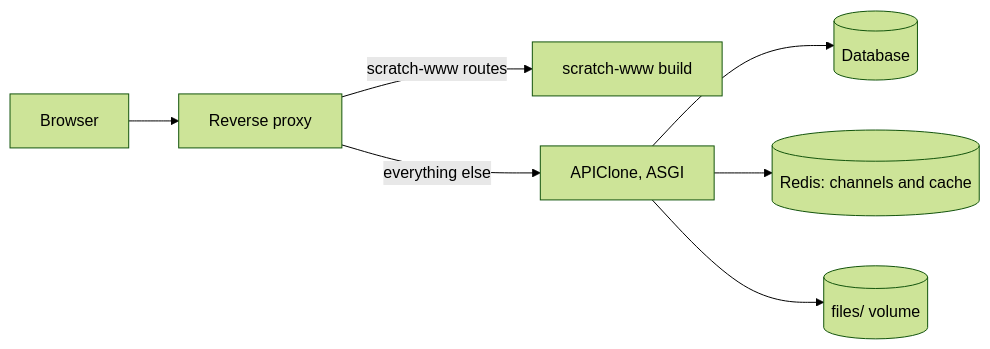
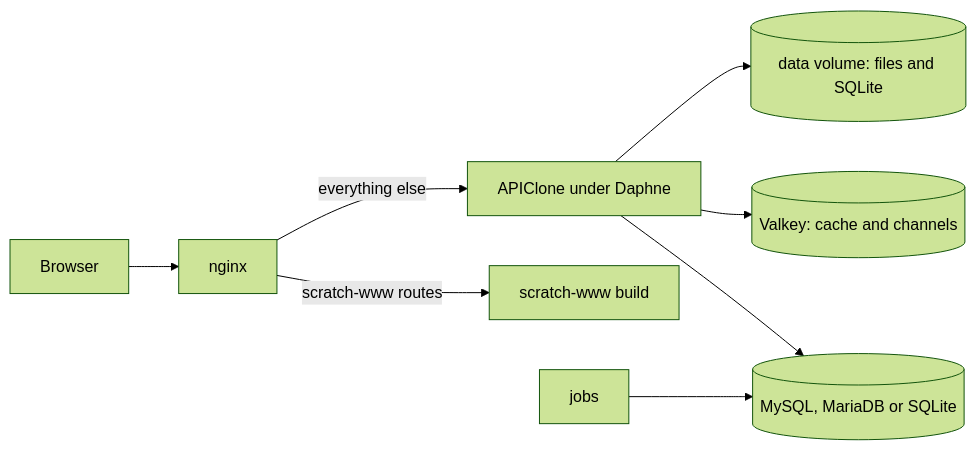
One commit to AstroBlocksMod/apiclone-docker changed the diagram in AGENTS.md. Above: the diagram before and after it, drawn with Mermaid (forest theme). The commit also changed other lines of this file and 33 other files, not shown here.

````diff
--- a/AGENTS.md
+++ b/AGENTS.md
@@ -12,9 +12,10 @@
 ```mermaid
 flowchart LR
-    browser[Browser] --> proxy[Reverse proxy]
+    browser[Browser] --> proxy[nginx]
     proxy -->|scratch-www routes| static[scratch-www build]
-    proxy -->|everything else| apiclone[APIClone, ASGI]
-    apiclone --> db[(Database)]
-    apiclone --> redis[(Redis: channels and cache)]
-    apiclone --> files[(files/ volume)]
+    proxy -->|everything else| apiclone[APIClone under Daphne]
+    apiclone --> db[(MySQL, MariaDB or SQLite)]
+    apiclone --> valkey[(Valkey: cache and channels)]
+    apiclone --> data[(data volume: files and SQLite)]
+    jobs[jobs] --> db
 ```
````
